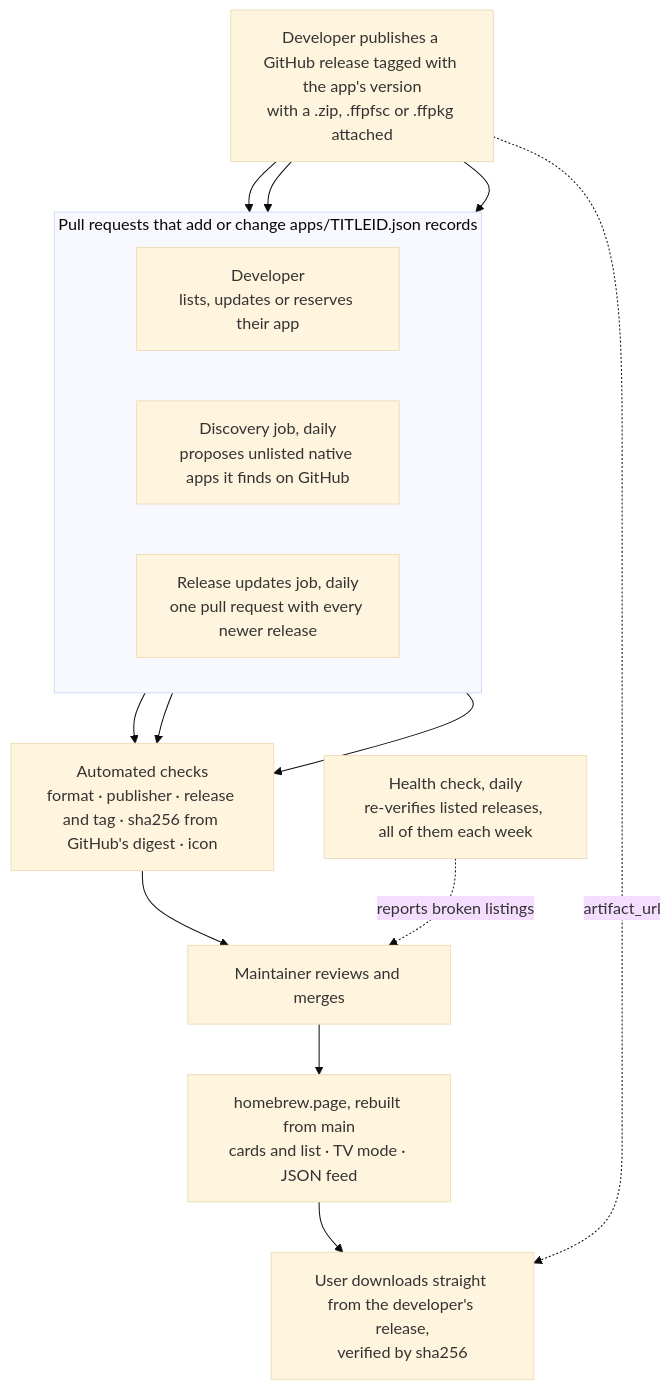
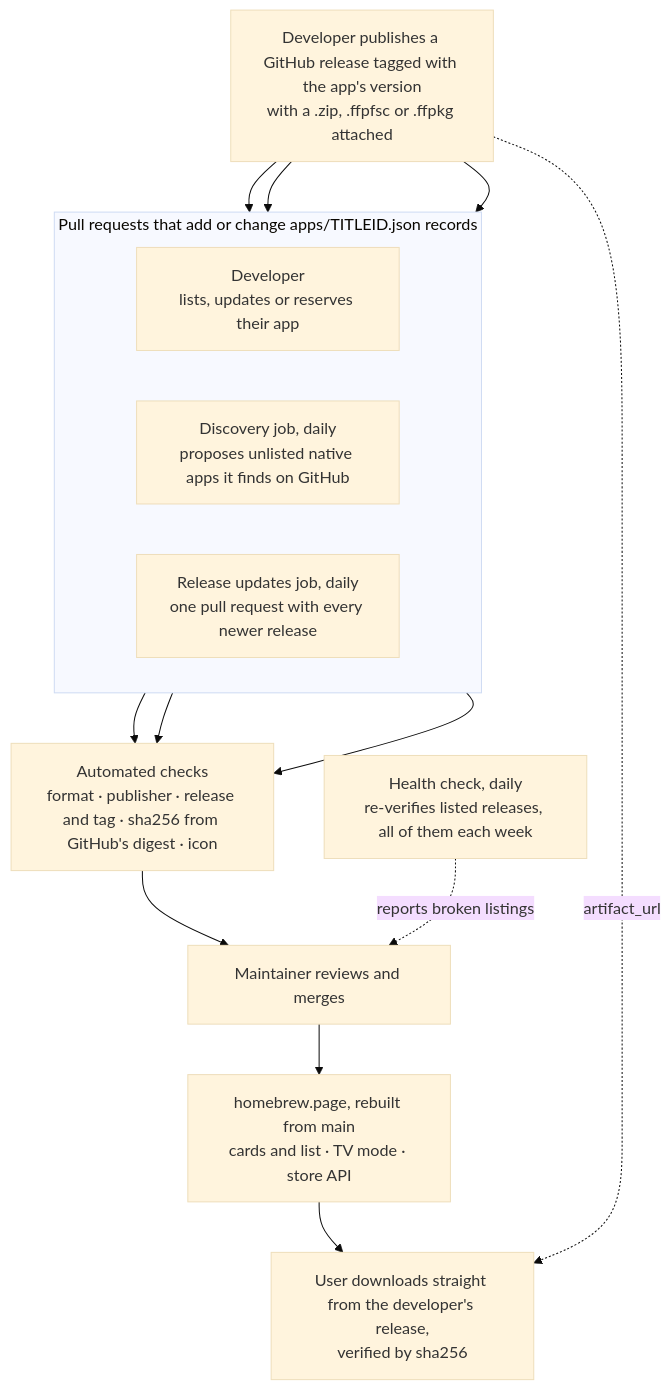
Before and after one commit to GordonProsperoMan/ps5-homebrew-catalog: the diagram in README.md, drawn with Mermaid (base theme). The commit also changed other lines of this file and 17 other files, not shown here.

Commit message:
Publish a store API with per-app files, release facts and content versions

````diff
--- a/README.md
+++ b/README.md
@@ -19,23 +19,23 @@
 ```mermaid
 flowchart TB
     release["Developer publishes a GitHub release tagged with the app's version<br/>with a .zip, .ffpfsc or .ffpkg attached"]
 
     subgraph prs["Pull requests that add or change apps/TITLEID.json records"]
         direction LR
         dev["Developer<br/>lists, updates or reserves their app"]
         discovery["Discovery job, daily<br/>proposes unlisted native apps it finds on GitHub"]
         updates["Release updates job, daily<br/>one pull request with every newer release"]
     end
 
     checks["Automated checks<br/>format · publisher · release and tag · sha256 from GitHub's digest · icon"]
     review["Maintainer reviews and merges"]
-    site["homebrew.page, rebuilt from main<br/>cards and list · TV mode · JSON feed"]
+    site["homebrew.page, rebuilt from main<br/>cards and list · TV mode · store API"]
     user["User downloads straight from the developer's release,<br/>verified by sha256"]
     health["Health check, daily<br/>re-verifies listed releases, all of them each week"]
 
     release --> dev & discovery & updates
     dev & discovery & updates --> checks
     checks --> review --> site --> user
     release -. artifact_url .-> user
     health -. reports broken listings .-> review
 ```
````
